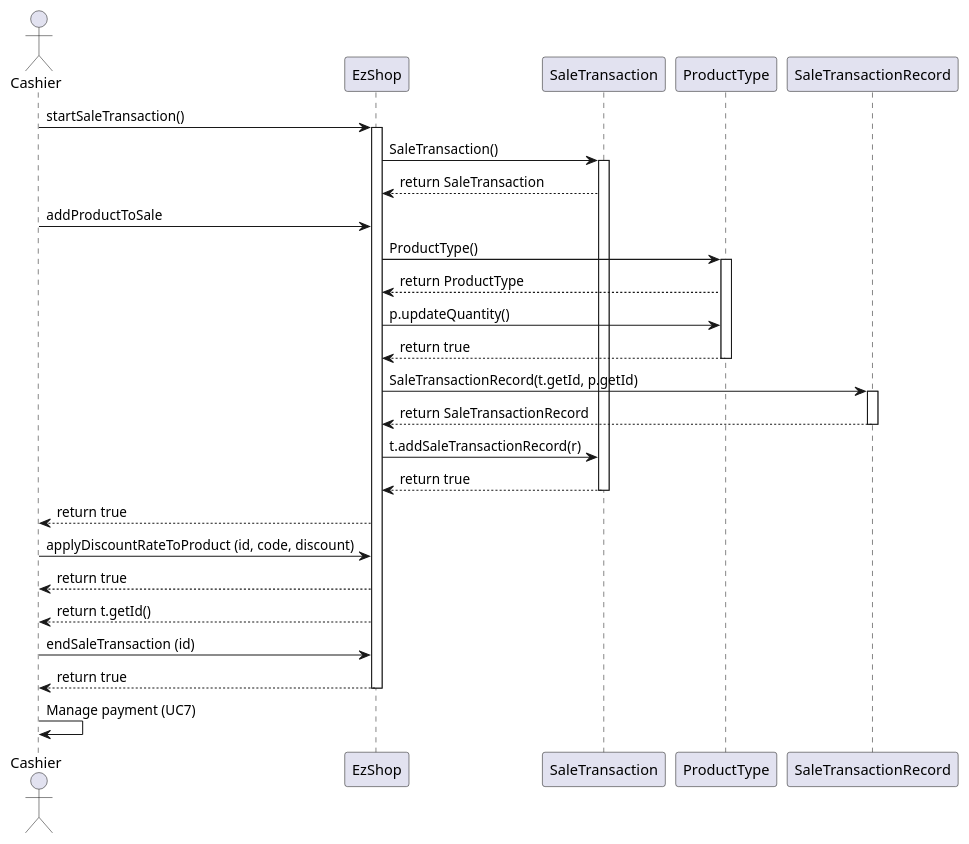
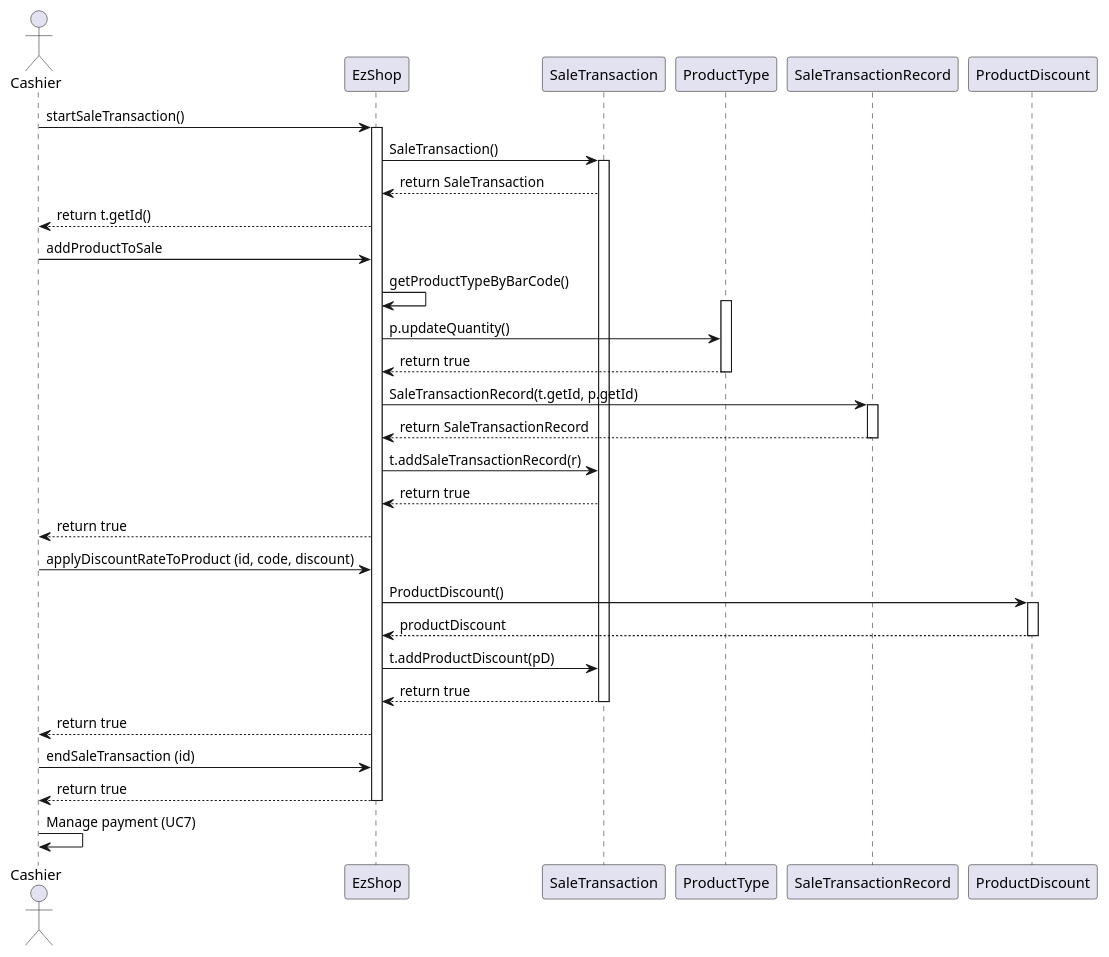
Diagram 19 of 29 in Deliverables/DesignDocument.md (paocela/EzShop), drawn with PlantUML before and after one commit. The commit also changed other lines of this file, not shown here.

Commit message:
Reviewed all sequence diagrams

````diff
--- a/Deliverables/DesignDocument.md
+++ b/Deliverables/DesignDocument.md
@@ -622,31 +608,36 @@
 ```plantuml
 
 actor Cashier
 Cashier -> EzShop : startSaleTransaction()
 activate EzShop
 EzShop -> SaleTransaction : SaleTransaction()
 activate SaleTransaction
 EzShop <-- SaleTransaction : return SaleTransaction
+Cashier <-- EzShop : return t.getId()
 Cashier -> EzShop : addProductToSale
-EzShop -> ProductType : ProductType()
+EzShop -> EzShop : getProductTypeByBarCode()
 activate ProductType
-EzShop <-- ProductType : return ProductType
 EzShop -> ProductType : p.updateQuantity()
 EzShop <-- ProductType : return true
 deactivate ProductType
 EzShop -> SaleTransactionRecord : SaleTransactionRecord(t.getId, p.getId)
 activate SaleTransactionRecord
 EzShop <-- SaleTransactionRecord : return SaleTransactionRecord
 deactivate SaleTransactionRecord
 EzShop -> SaleTransaction : t.addSaleTransactionRecord(r)
 EzShop <-- SaleTransaction : return true
+Cashier <-- EzShop : return true
+Cashier -> EzShop : applyDiscountRateToProduct (id, code, discount)
+EzShop -> ProductDiscount : ProductDiscount()
+activate ProductDiscount
+EzShop <-- ProductDiscount : productDiscount
+deactivate ProductDiscount
+EzShop -> SaleTransaction : t.addProductDiscount(pD)
+EzShop <-- SaleTransaction : return true
 deactivate SaleTransaction
 Cashier <-- EzShop : return true
-Cashier -> EzShop : applyDiscountRateToProduct (id, code, discount)
-Cashier <-- EzShop : return true
-Cashier <-- EzShop : return t.getId()
 Cashier -> EzShop : endSaleTransaction (id)
 Cashier <-- EzShop : return true
 deactivate EzShop
 Cashier -> Cashier : Manage payment (UC7)
 ```
````
